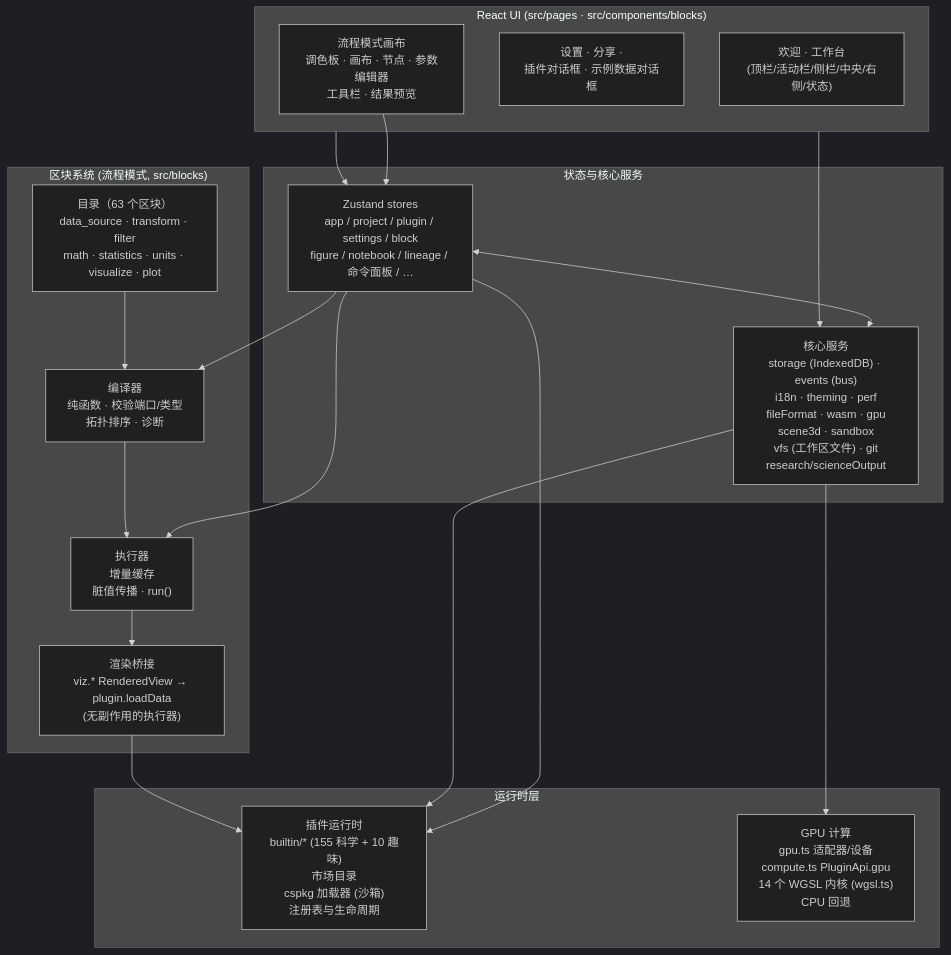
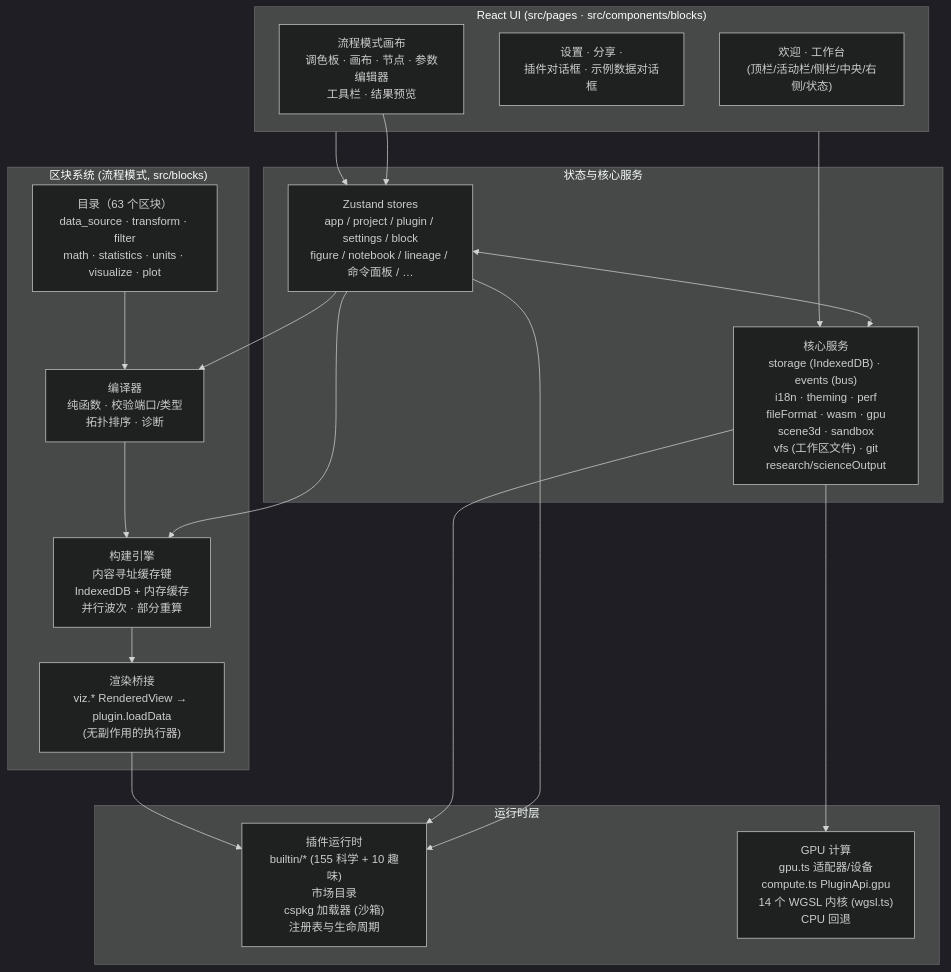
Before and after one commit to SnowLeopard-io/ErgalicsStudio: the diagram in README.zh-CN.md, drawn with Mermaid (dark theme). The commit also changed other lines of this file and 9 other files, not shown here.

````diff
--- a/README.zh-CN.md
+++ b/README.zh-CN.md
@@ -227,39 +251,39 @@
 ```mermaid
 flowchart TB
     subgraph UI["React UI (src/pages · src/components/blocks)"]
         A1["欢迎 · 工作台<br/>(顶栏/活动栏/侧栏/中央/右侧/状态)"]
         A2["设置 · 分享 ·<br/>插件对话框 · 示例数据对话框"]
         A3["流程模式画布<br/>调色板 · 画布 · 节点 · 参数编辑器<br/>工具栏 · 结果预览"]
     end
 
     subgraph State["状态与核心服务"]
         B1["Zustand stores<br/>app / project / plugin / settings / block<br/>figure / notebook / lineage / 命令面板 / …"]
         B2["核心服务<br/>storage (IndexedDB) · events (bus)<br/>i18n · theming · perf<br/>fileFormat · wasm · gpu<br/>scene3d · sandbox<br/>vfs (工作区文件) · git<br/>research/scienceOutput"]
     end
 
     subgraph Blocks["区块系统 (流程模式, src/blocks)"]
         D1["目录（63 个区块）<br/>data_source · transform · filter<br/>math · statistics · units · visualize · plot"]
         D2["编译器<br/>纯函数 · 校验端口/类型<br/>拓扑排序 · 诊断"]
-        D3["执行器<br/>增量缓存<br/>脏值传播 · run()"]
+        D3["构建引擎<br/>内容寻址缓存键<br/>IndexedDB + 内存缓存<br/>并行波次 · 部分重算"]
         D4["渲染桥接<br/>viz.* RenderedView → plugin.loadData<br/>(无副作用的执行器)"]
     end
 
     subgraph Runtime["运行时层"]
         C1["插件运行时<br/>builtin/* (155 科学 + 10 趣味)<br/>市场目录<br/>cspkg 加载器 (沙箱)<br/>注册表与生命周期"]
         C2["GPU 计算<br/>gpu.ts 适配器/设备<br/>compute.ts PluginApi.gpu<br/>14 个 WGSL 内核 (wgsl.ts)<br/>CPU 回退"]
     end
 
     UI --> B1
     UI --> B2
     B1 <--> B2
     B1 --> C1
     B2 --> C1
     B2 --> C2
     A3 --> B1
     B1 --> D2
     B1 --> D3
     D2 --> D3
     D1 --> D2
     D3 --> D4
     D4 --> C1
 ```
````
